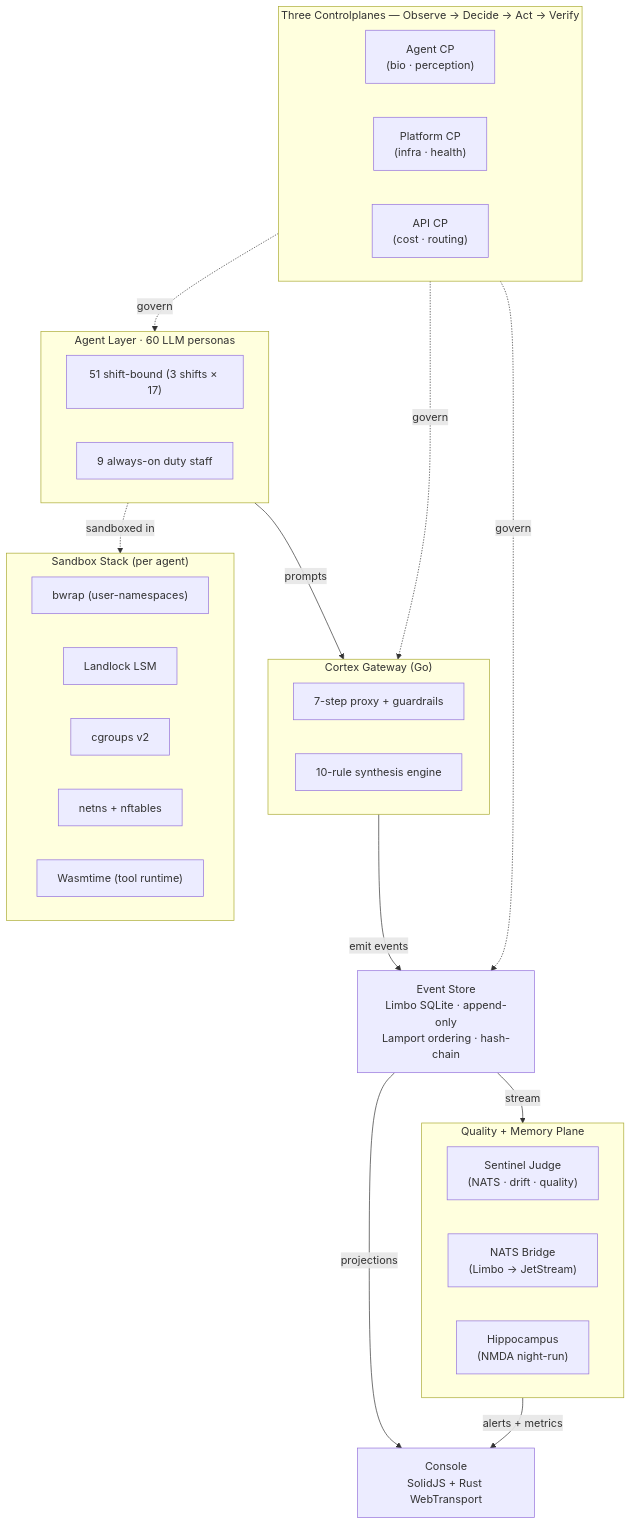
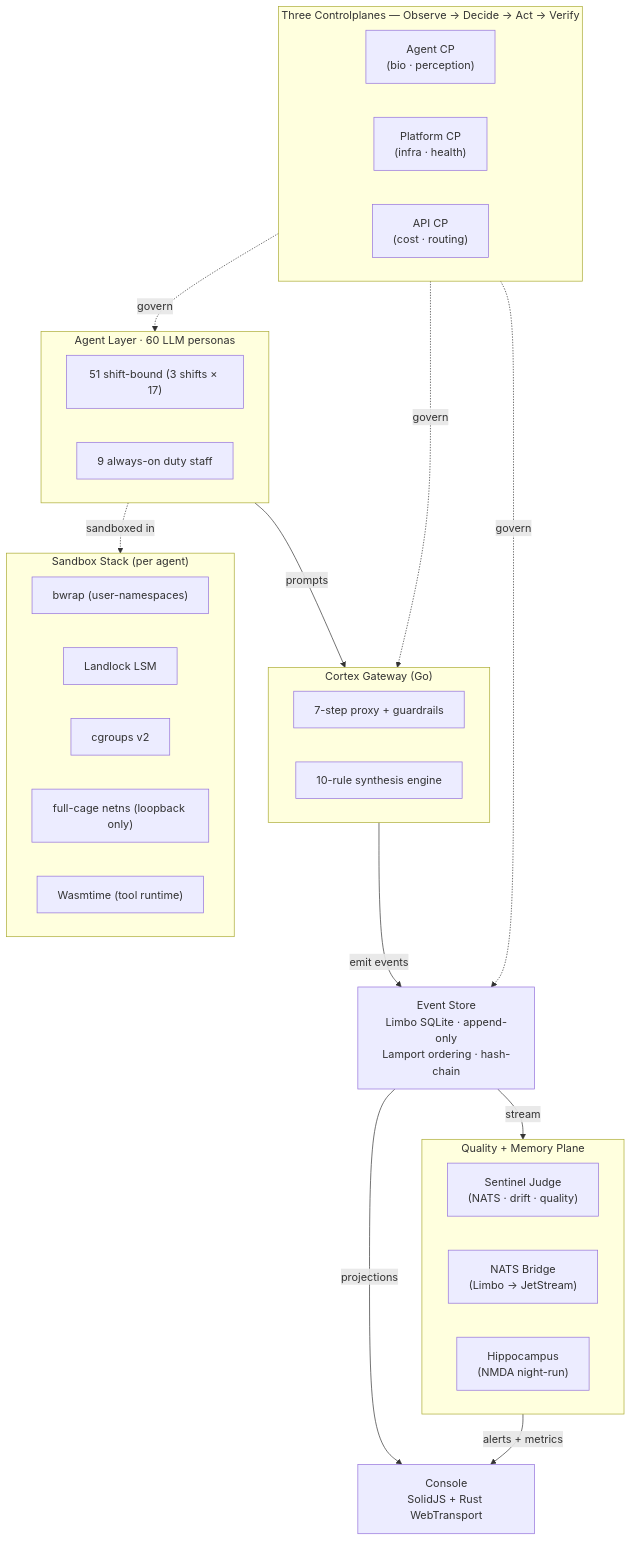
One commit to silentspike/project-sentinel changed the diagram in README.md. Above: the diagram before and after it, drawn with Mermaid. The commit also changed other lines of this file and 17 other files, not shown here.

First line of the commit message:
fix(sandbox): complete full-cage isolation closeout

````diff
--- a/README.md
+++ b/README.md
@@ -66,47 +66,47 @@
 ```mermaid
 flowchart TB
   subgraph AGENTS["Agent Layer · 60 LLM personas"]
     A1["51 shift-bound (3 shifts × 17)"]
     A2["9 always-on duty staff"]
   end
 
   subgraph SANDBOX["Sandbox Stack (per agent)"]
     S1["bwrap (user-namespaces)"]
     S2["Landlock LSM"]
     S3["cgroups v2"]
-    S4["netns + nftables"]
+    S4["full-cage netns (loopback only)"]
     S5["Wasmtime (tool runtime)"]
   end
 
   subgraph CP["Three Controlplanes — Observe → Decide → Act → Verify"]
     direction LR
     AGCP["Agent CP<br/>(bio · perception)"]
     PLCP["Platform CP<br/>(infra · health)"]
     APCP["API CP<br/>(cost · routing)"]
   end
 
   STORE["Event Store<br/>Limbo SQLite · append-only<br/>Lamport ordering · hash-chain"]
 
   subgraph GATEWAY["Cortex Gateway (Go)"]
     G1["7-step proxy + guardrails"]
     G2["10-rule synthesis engine"]
   end
 
   subgraph BRIDGE["Quality + Memory Plane"]
     J1["Sentinel Judge<br/>(NATS · drift · quality)"]
     J2["NATS Bridge<br/>(Limbo → JetStream)"]
     J3["Hippocampus<br/>(NMDA night-run)"]
   end
 
   DASH["Console<br/>SolidJS + Rust WebTransport"]
 
   AGENTS -.->|"sandboxed in"| SANDBOX
   AGENTS -->|prompts| GATEWAY
   GATEWAY -->|emit events| STORE
   STORE -->|projections| DASH
   STORE -->|stream| BRIDGE
   CP -.->|govern| AGENTS
   CP -.->|govern| GATEWAY
   CP -.->|govern| STORE
   BRIDGE -->|alerts + metrics| DASH
 ```
````
